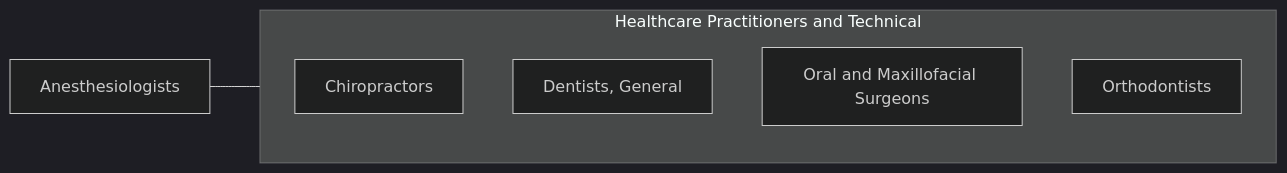
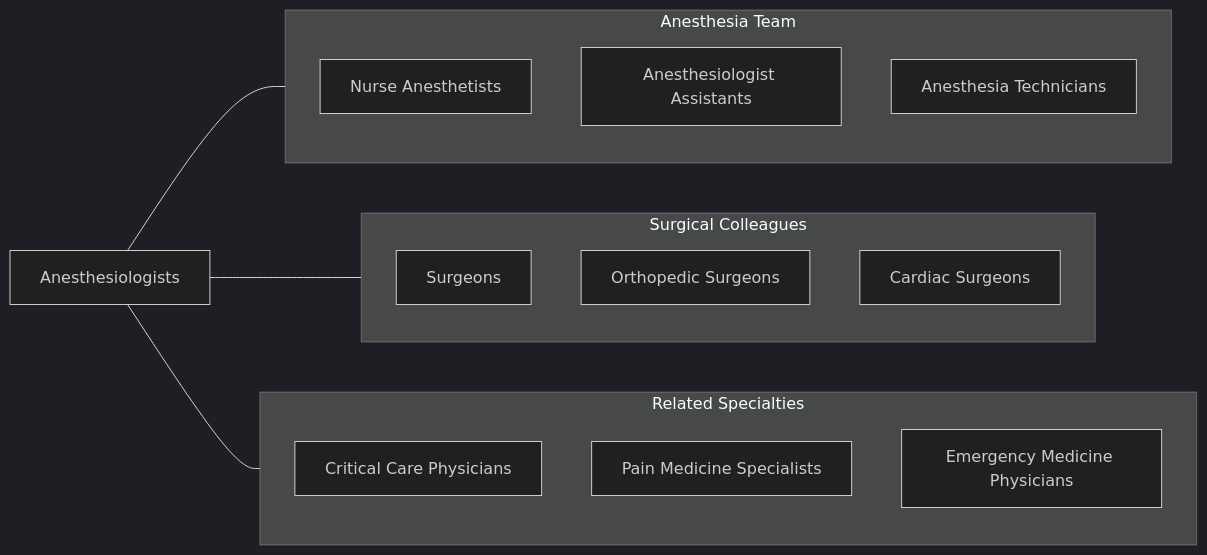
One commit to kziemski/business.org.ai changed the fourth of 4 diagrams in occupations/HealthcarePractitioners/Anesthesiologists.mdx. Above: the diagram before and after it, drawn with Mermaid (dark theme). The commit also changed other lines of this file and 938 other files, not shown here.

````diff
--- a/occupations/HealthcarePractitioners/Anesthesiologists.mdx
+++ b/occupations/HealthcarePractitioners/Anesthesiologists.mdx
@@ -117,13 +232,26 @@
 ```mermaid
 graph LR
     Current["Anesthesiologists"]
 
-    subgraph SameCategory["Healthcare Practitioners and Technical"]
-        Chiropractors["Chiropractors"]
-        DentistsGeneral["Dentists, General"]
-        OralAndMaxillofacial["Oral and Maxillofacial Surgeons"]
-        Orthodontists["Orthodontists"]
+    subgraph AnesthesiaTeam["Anesthesia Team"]
+        CRNA["Nurse Anesthetists"]
+        AA["Anesthesiologist Assistants"]
+        AnesthTech["Anesthesia Technicians"]
     end
 
-    Current --- SameCategory
+    subgraph SurgicalTeam["Surgical Colleagues"]
+        Surgeons["Surgeons"]
+        OrthoSurg["Orthopedic Surgeons"]
+        CardSurg["Cardiac Surgeons"]
+    end
+
+    subgraph RelatedSpecialties["Related Specialties"]
+        CritCare["Critical Care Physicians"]
+        PainMed["Pain Medicine Specialists"]
+        EmergMed["Emergency Medicine Physicians"]
+    end
+
+    Current --- AnesthesiaTeam
+    Current --- SurgicalTeam
+    Current --- RelatedSpecialties
 ```
````
